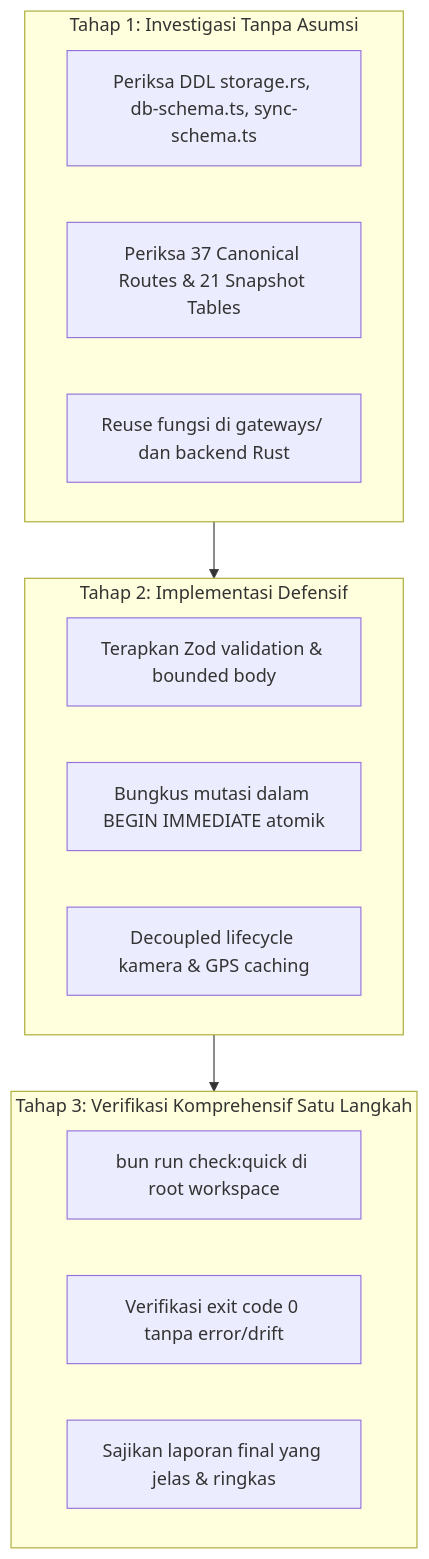
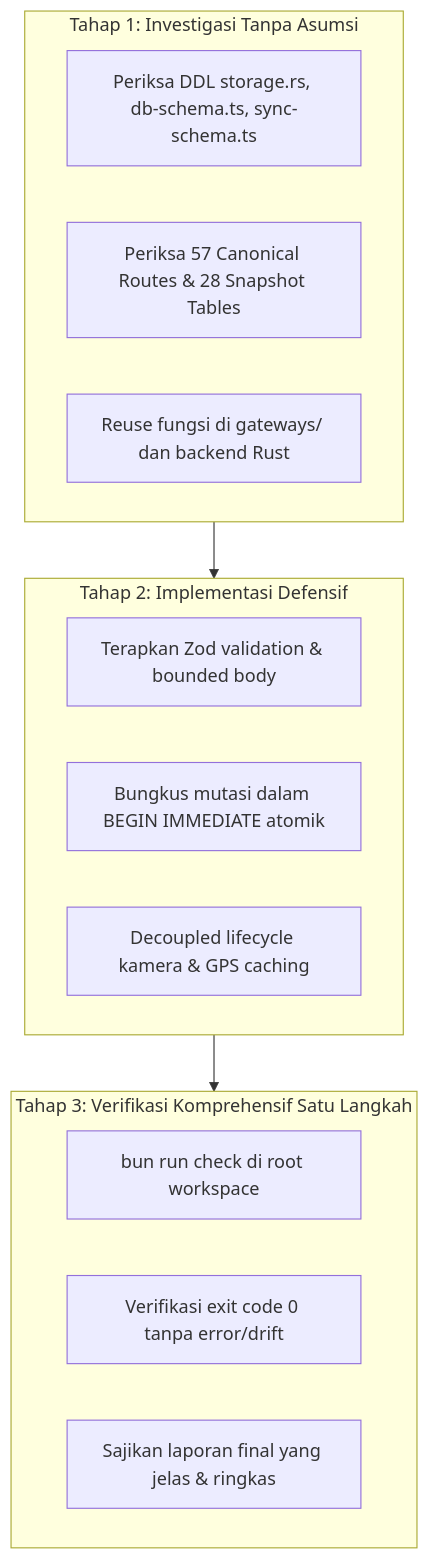
Before and after one commit to kemal-ofcs/project-school-new: the diagram in .agents/skills/absensi-sppg-rules/SKILL.md, drawn with Mermaid. The commit also changed other lines of this file and 27 other files, not shown here.

````diff
--- a/.agents/skills/absensi-sppg-rules/SKILL.md
+++ b/.agents/skills/absensi-sppg-rules/SKILL.md
@@ -300,23 +361,23 @@
 ```mermaid
 flowchart TD
     Phase1[Tahap 1: Pre-Flight Investigation] --> Phase2[Tahap 2: Atomic Implementation]
     Phase2 --> Phase3[Tahap 3: Single-Pass Post-Flight Verification]
     
     subgraph Phase1 [Tahap 1: Investigasi Tanpa Asumsi]
         A1[Periksa DDL storage.rs, db-schema.ts, sync-schema.ts]
-        A2[Periksa 37 Canonical Routes & 21 Snapshot Tables]
+        A2[Periksa 57 Canonical Routes & 28 Snapshot Tables]
         A3[Reuse fungsi di gateways/ dan backend Rust]
     end
     
     subgraph Phase2 [Tahap 2: Implementasi Defensif]
         B1[Terapkan Zod validation & bounded body]
         B2[Bungkus mutasi dalam BEGIN IMMEDIATE atomik]
         B3[Decoupled lifecycle kamera & GPS caching]
     end
     
     subgraph Phase3 [Tahap 3: Verifikasi Komprehensif Satu Langkah]
-        C1[bun run check:quick di root workspace]
+        C1[bun run check di root workspace]
         C2[Verifikasi exit code 0 tanpa error/drift]
         C3[Sajikan laporan final yang jelas & ringkas]
     end
 ```
````
